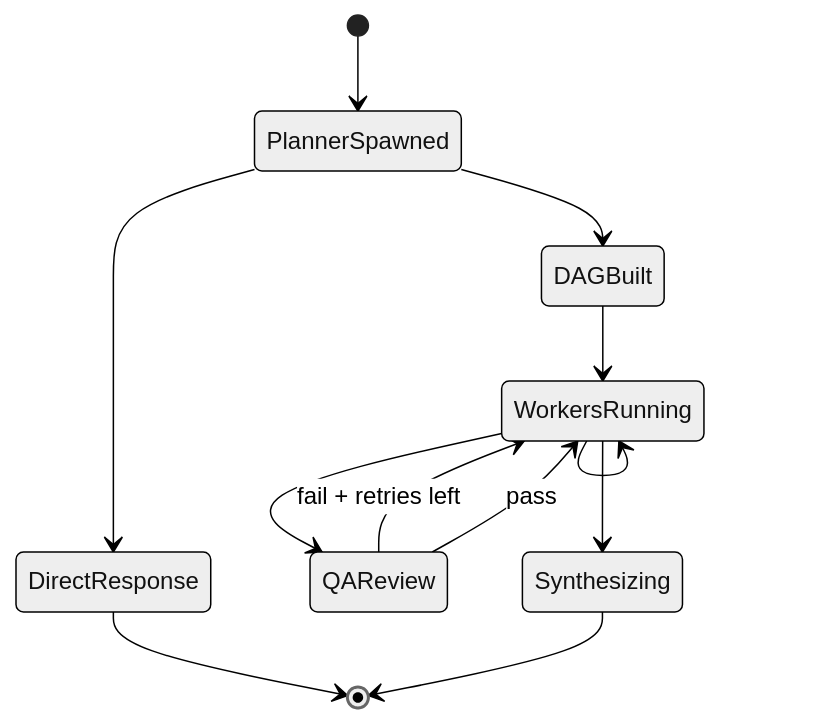
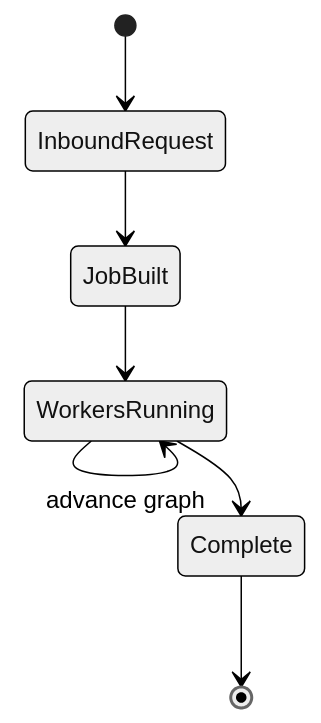
The first of 4 diagrams in docs/architecture.md (id/skitter), drawn with Mermaid (neutral theme) before and after one commit. The commit also changed other lines of this file and 24 other files, not shown here.

Commit message:
feat: a2a architecture, predefined pipelines and agents

````diff
--- a/docs/architecture.md
+++ b/docs/architecture.md
@@ -13,14 +32,9 @@
 ```mermaid
 stateDiagram-v2
-    [*] --> PlannerSpawned
-    PlannerSpawned --> DirectResponse
-    PlannerSpawned --> DAGBuilt
-    DirectResponse --> [*]
-    DAGBuilt --> WorkersRunning
-    WorkersRunning --> WorkersRunning
-    WorkersRunning --> QAReview
-    QAReview --> WorkersRunning: fail + retries left
-    QAReview --> WorkersRunning: pass
-    WorkersRunning --> Synthesizing
-    Synthesizing --> [*]
+    [*] --> InboundRequest
+    InboundRequest --> JobBuilt
+    JobBuilt --> WorkersRunning
+    WorkersRunning --> WorkersRunning: advance graph
+    WorkersRunning --> Complete
+    Complete --> [*]
 ```
````
